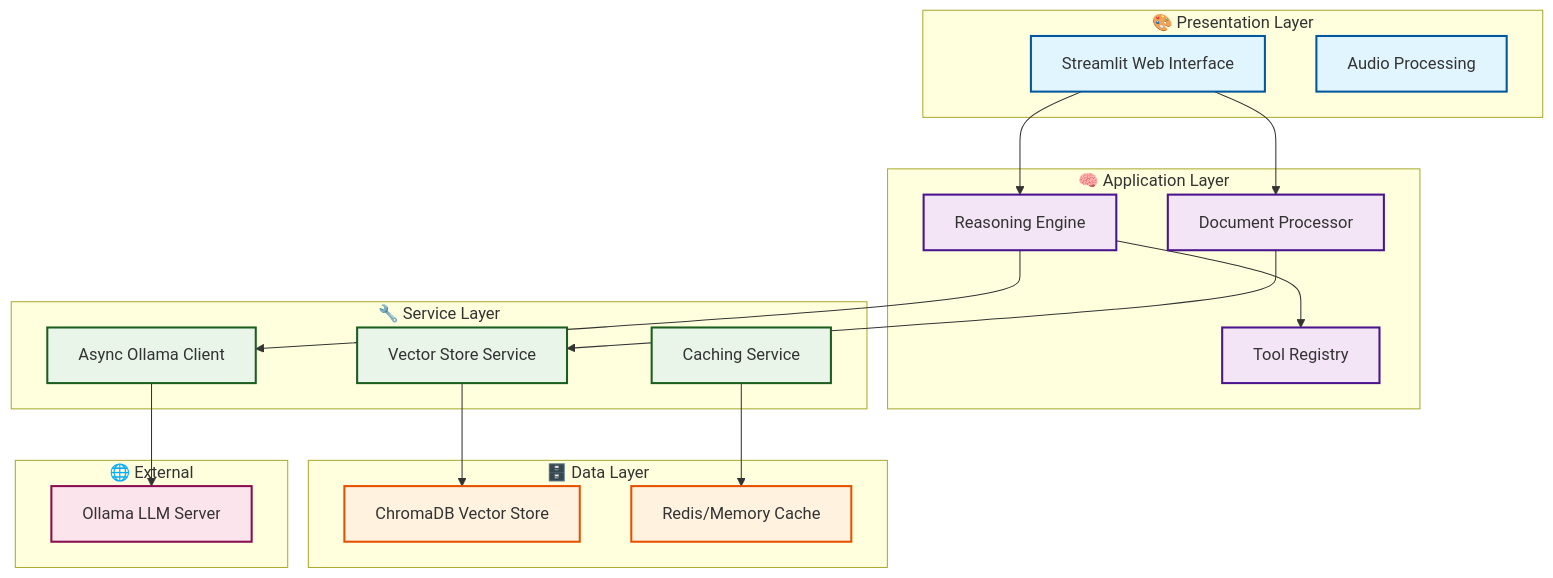
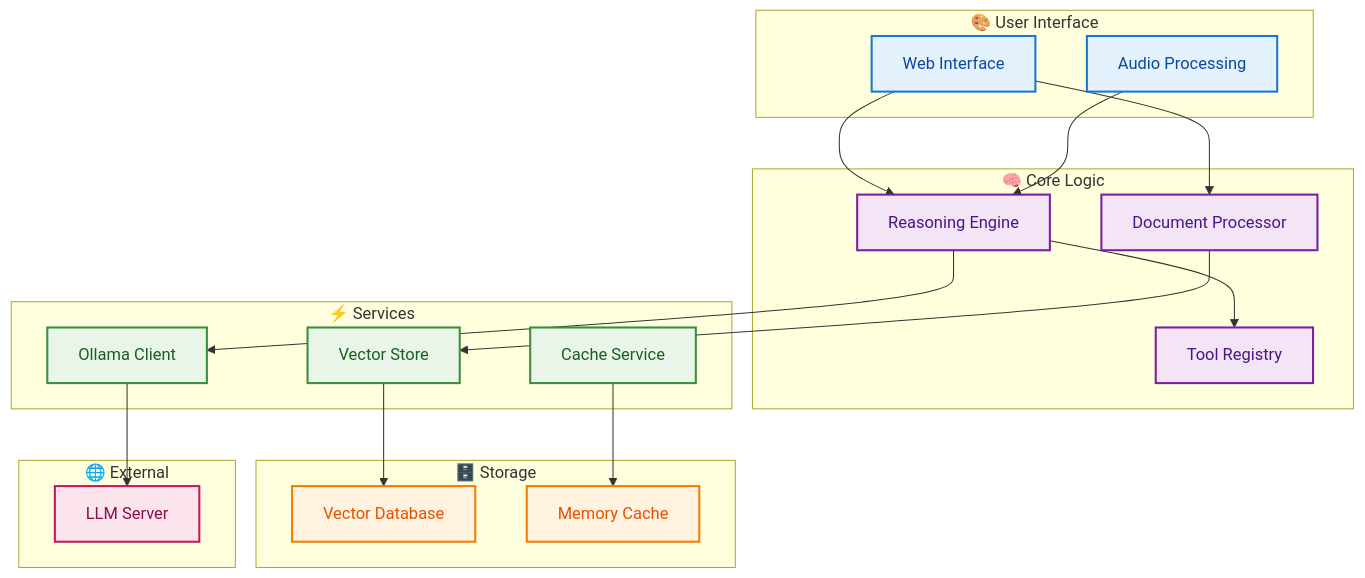
One commit to khaosans/basic-chat changed the diagram in README.md. Above: the diagram before and after it, drawn with Mermaid. The commit also changed other lines of this file and 6 other files, not shown here.

Commit message:
docs: Update documentation for clarity and consistency - Revise links and descriptions in DEVELOPMENT.md, ROADMAP.md, and ARCHITECTURE.md

````diff
--- a/README.md
+++ b/README.md
@@ -130,49 +130,56 @@
 ```mermaid
 graph TB
-    subgraph "🎨 Presentation Layer"
-        UI[Streamlit Web Interface]
+    subgraph "🎨 User Interface"
+        UI[Web Interface]
         AUDIO[Audio Processing]
     end
     
-    subgraph "🧠 Application Layer"
+    subgraph "🧠 Core Logic"
         RE[Reasoning Engine]
         DP[Document Processor]
         TR[Tool Registry]
     end
     
-    subgraph "🔧 Service Layer"
-        AO[Async Ollama Client]
-        VS[Vector Store Service]
-        CS[Caching Service]
+    subgraph "⚡ Services"
+        AO[Ollama Client]
+        VS[Vector Store]
+        CS[Cache Service]
     end
     
-    subgraph "🗄️ Data Layer"
-        CHROMA[ChromaDB Vector Store]
-        CACHE[Redis/Memory Cache]
+    subgraph "🗄️ Storage"
+        CHROMA[Vector Database]
+        CACHE[Memory Cache]
     end
     
     subgraph "🌐 External"
-        OLLAMA[Ollama LLM Server]
+        OLLAMA[LLM Server]
     end
     
+    %% User Interface Connections
     UI --> RE
     UI --> DP
+    AUDIO --> RE
+    
+    %% Core Logic Connections
     RE --> AO
     RE --> TR
     DP --> VS
+    
+    %% Service Connections
     AO --> OLLAMA
     VS --> CHROMA
     CS --> CACHE
     
-    classDef presentation fill:#E1F5FE,stroke:#01579B,stroke-width:2px
-    classDef application fill:#F3E5F5,stroke:#4A148C,stroke-width:2px
-    classDef service fill:#E8F5E8,stroke:#1B5E20,stroke-width:2px
-    classDef data fill:#FFF3E0,stroke:#E65100,stroke-width:2px
-    classDef external fill:#FCE4EC,stroke:#880E4F,stroke-width:2px
+    %% Styling
+    classDef ui fill:#E3F2FD,stroke:#1976D2,stroke-width:2px,color:#0D47A1
+    classDef core fill:#F3E5F5,stroke:#7B1FA2,stroke-width:2px,color:#4A148C
+    classDef service fill:#E8F5E8,stroke:#388E3C,stroke-width:2px,color:#1B5E20
+    classDef storage fill:#FFF3E0,stroke:#F57C00,stroke-width:2px,color:#E65100
+    classDef external fill:#FCE4EC,stroke:#C2185B,stroke-width:2px,color:#880E4F
     
-    class UI,AUDIO presentation
-    class RE,DP,TR application
+    class UI,AUDIO ui
+    class RE,DP,TR core
     class AO,VS,CS service
-    class CHROMA,CACHE data
+    class CHROMA,CACHE storage
     class OLLAMA external
 ```
````
